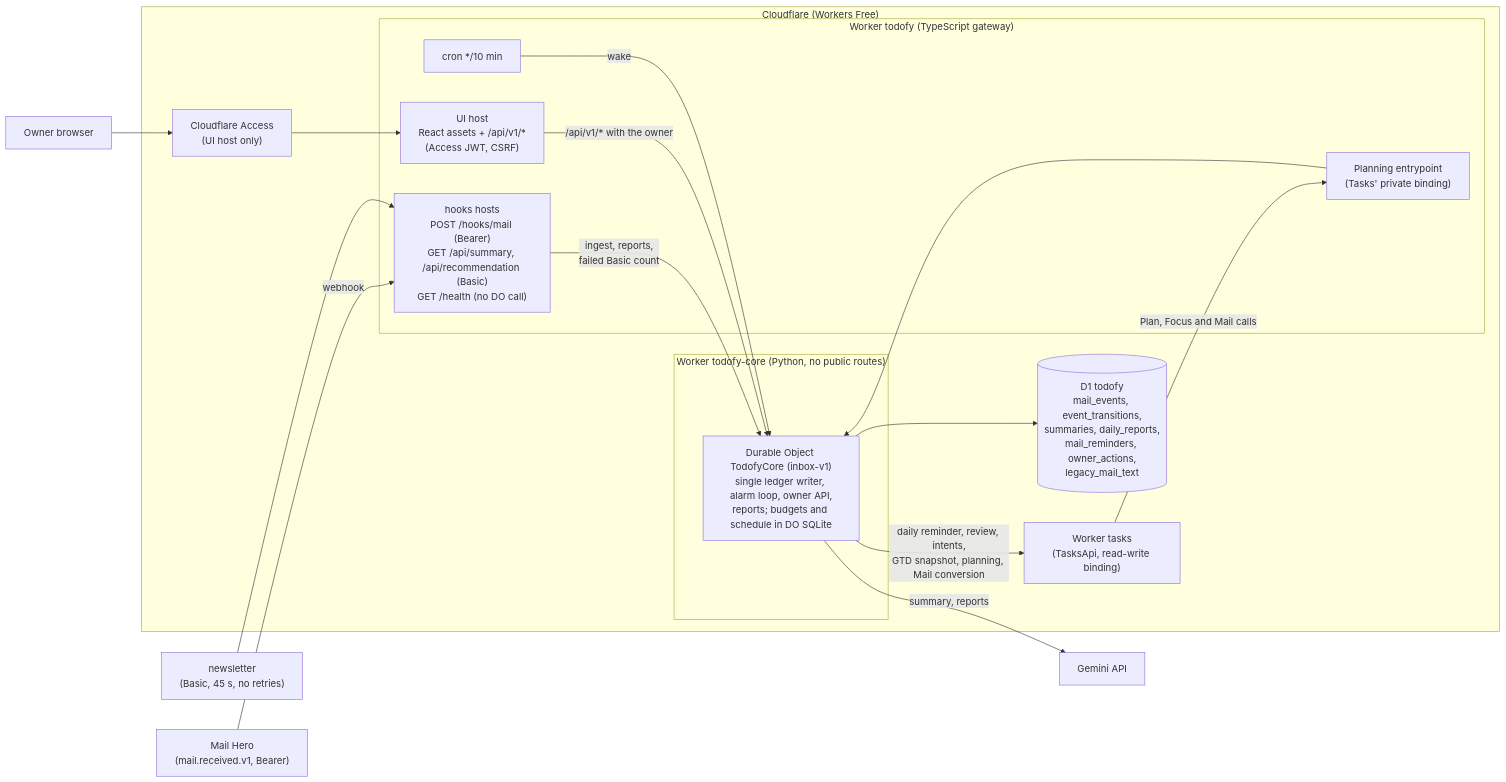
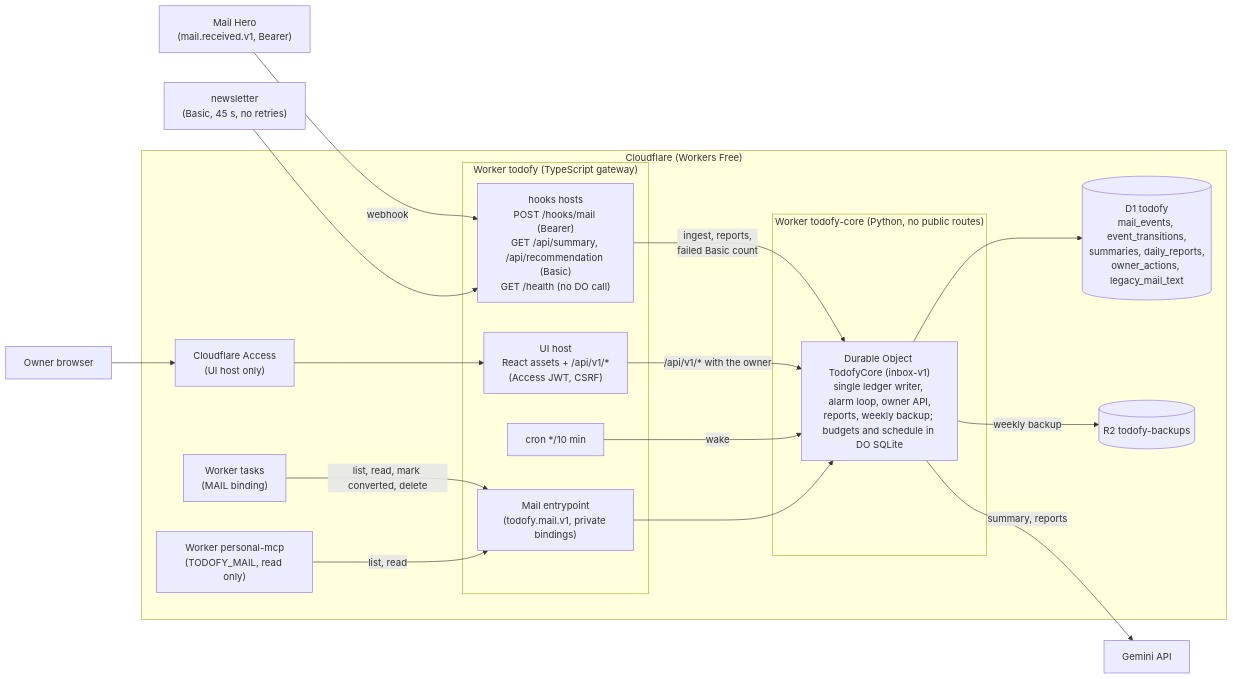
Before and after one commit to ziyixi/todofy: the first of 2 diagrams in todofy/architecture-diagram.md, drawn with Mermaid. The commit also changed other lines of this file and 19 other files, not shown here.

First line of the commit message:
feat(todofy)!: back up only Todofy's own D1 and unbind Tasks

````diff
--- a/todofy/architecture-diagram.md
+++ b/todofy/architecture-diagram.md
@@ -12,34 +12,37 @@
 ```mermaid
 flowchart LR
     MH["Mail Hero<br/>(mail.received.v1, Bearer)"]
     NL["newsletter<br/>(Basic, 45 s, no retries)"]
     Owner["Owner browser"]
 
     subgraph CF["Cloudflare (Workers Free)"]
         Access["Cloudflare Access<br/>(UI host only)"]
         subgraph W["Worker todofy (TypeScript gateway)"]
             Hooks["hooks hosts<br/>POST /hooks/mail (Bearer)<br/>GET /api/summary, /api/recommendation (Basic)<br/>GET /health (no DO call)"]
             OwnerAPI["UI host<br/>React assets + /api/v1/*<br/>(Access JWT, CSRF)"]
             Cron["cron */10 min"]
-            Planning["Planning entrypoint<br/>(Tasks' private binding)"]
+            Mail["Mail entrypoint<br/>(todofy.mail.v1, private bindings)"]
         end
         subgraph C["Worker todofy-core (Python, no public routes)"]
-            DO["Durable Object TodofyCore (inbox-v1)<br/>single ledger writer, alarm loop, owner API,<br/>reports; budgets and schedule in DO SQLite"]
+            DO["Durable Object TodofyCore (inbox-v1)<br/>single ledger writer, alarm loop, owner API,<br/>reports, weekly backup; budgets and schedule in DO SQLite"]
         end
-        D1[("D1 todofy<br/>mail_events, event_transitions,<br/>summaries, daily_reports,<br/>mail_reminders, owner_actions,<br/>legacy_mail_text")]
-        Tasks["Worker tasks<br/>(TasksApi, read-write binding)"]
+        D1[("D1 todofy<br/>mail_events, event_transitions,<br/>summaries, daily_reports,<br/>owner_actions, legacy_mail_text")]
+        R2[("R2 todofy-backups")]
+        Tasks["Worker tasks<br/>(MAIL binding)"]
+        MCP["Worker personal-mcp<br/>(TODOFY_MAIL, read only)"]
     end
 
     Gemini["Gemini API"]
 
     MH -->|webhook| Hooks
     NL --> Hooks
     Owner --> Access --> OwnerAPI
     Hooks -->|ingest, reports,<br/>failed Basic count| DO
     OwnerAPI -->|/api/v1/* with the owner| DO
     Cron -->|wake| DO
-    Tasks -->|Plan, Focus and Mail calls| Planning --> DO
+    Tasks -->|list, read, mark converted, delete| Mail --> DO
+    MCP -->|list, read| Mail
     DO --> D1
+    DO -->|weekly backup| R2
     DO -->|summary, reports| Gemini
-    DO -->|daily reminder, review, intents,<br/>GTD snapshot, planning, Mail conversion| Tasks
 ```
````
